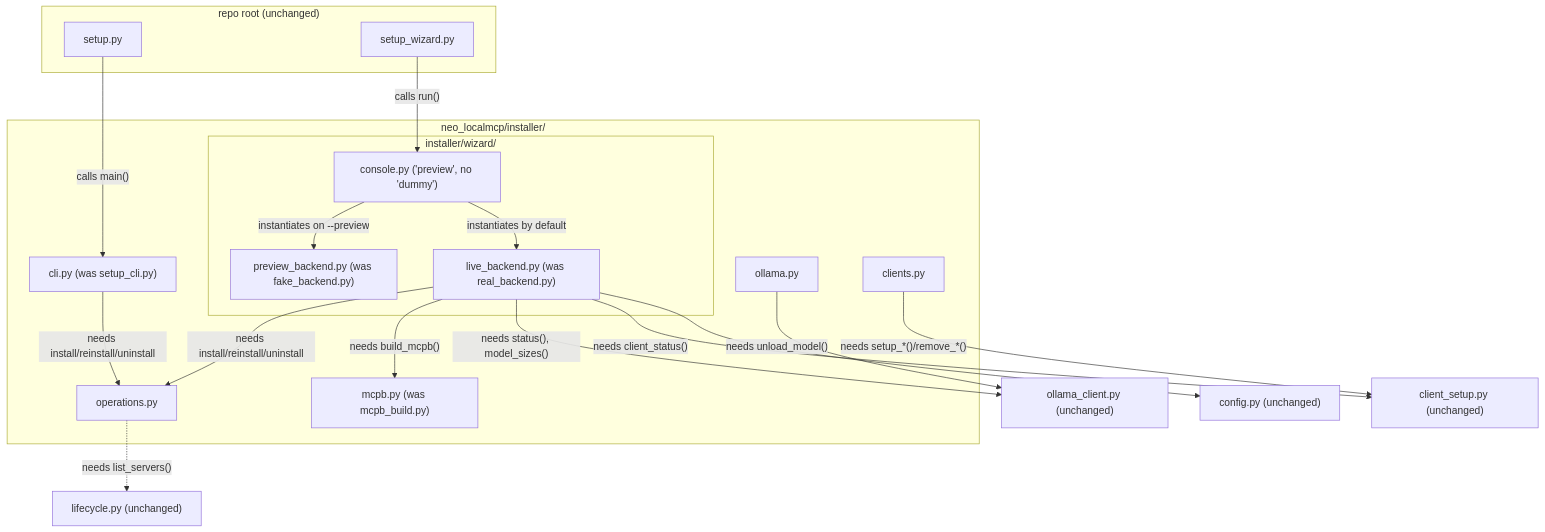
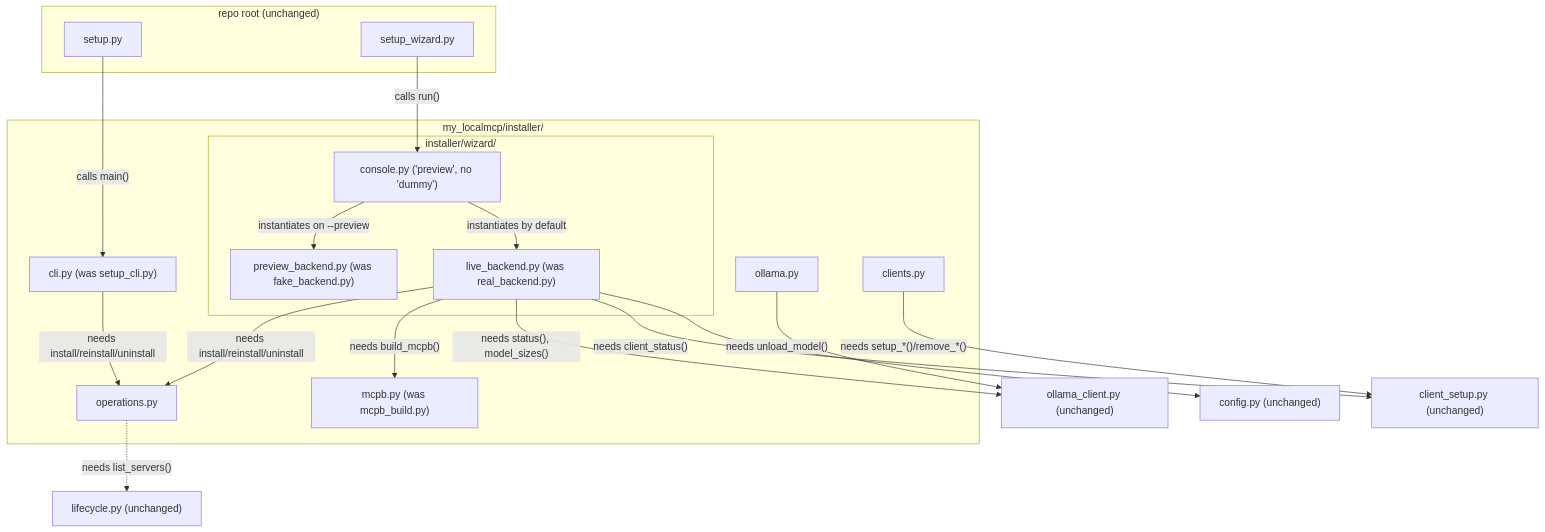
One commit to kartikeyajay2006/my-localmcp changed the third of 4 diagrams in docs/superpowers/specs/2026-07-06-installer-mcp-reorg-design.md. Above: the diagram before and after it, drawn with Mermaid. The commit also changed other lines of this file and 209 other files, not shown here.

````diff
--- a/docs/superpowers/specs/2026-07-06-installer-mcp-reorg-design.md
+++ b/docs/superpowers/specs/2026-07-06-installer-mcp-reorg-design.md
@@ -213,37 +213,37 @@
 ```mermaid
 graph TD
     subgraph ROOT["repo root (unchanged)"]
         setup_py["setup.py"]
         setup_wizard_py["setup_wizard.py"]
     end
-    subgraph INSTALLER["neo_localmcp/installer/"]
+    subgraph INSTALLER["my_localmcp/installer/"]
         cli_mod["cli.py (was setup_cli.py)"]
         mcpb_mod["mcpb.py (was mcpb_build.py)"]
         operations["operations.py"]
         installer_ollama["ollama.py"]
         installer_clients["clients.py"]
         subgraph WIZARD["installer/wizard/"]
             console["console.py ('preview', no 'dummy')"]
             live_backend["live_backend.py (was real_backend.py)"]
             preview_backend["preview_backend.py (was fake_backend.py)"]
         end
     end
     lifecycle["lifecycle.py (unchanged)"]
     client_setup["client_setup.py (unchanged)"]
     ollama_client["ollama_client.py (unchanged)"]
     config["config.py (unchanged)"]
 
     setup_py -->|"calls main()"| cli_mod
     setup_wizard_py -->|"calls run()"| console
     console -->|"instantiates on --preview"| preview_backend
     console -->|"instantiates by default"| live_backend
     cli_mod -->|"needs install/reinstall/uninstall"| operations
     live_backend -->|"needs install/reinstall/uninstall"| operations
     live_backend -->|"needs build_mcpb()"| mcpb_mod
     live_backend -->|"needs status(), model_sizes()"| ollama_client
     live_backend -->|"needs client_status()"| client_setup
     live_backend --> config
     operations -.->|"needs list_servers()"| lifecycle
     installer_ollama -->|"needs unload_model()"| ollama_client
     installer_clients -->|"needs setup_*()/remove_*()"| client_setup
 ```
````
